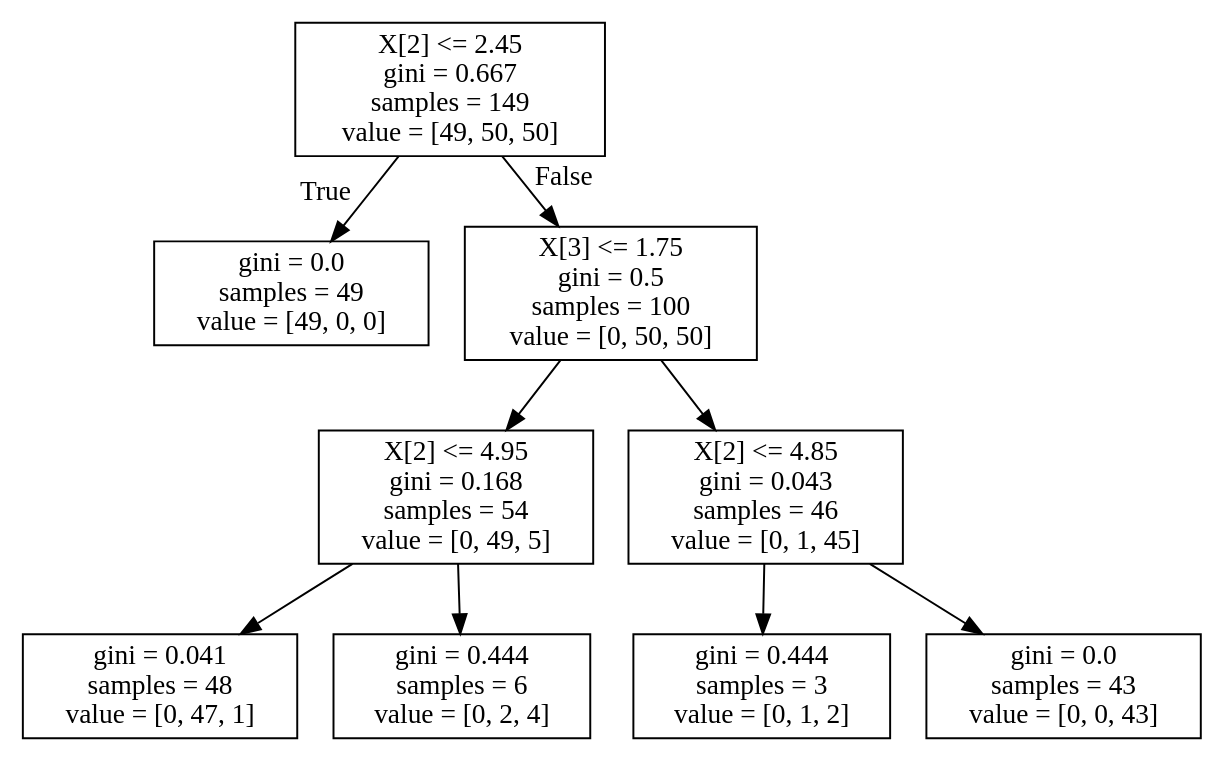
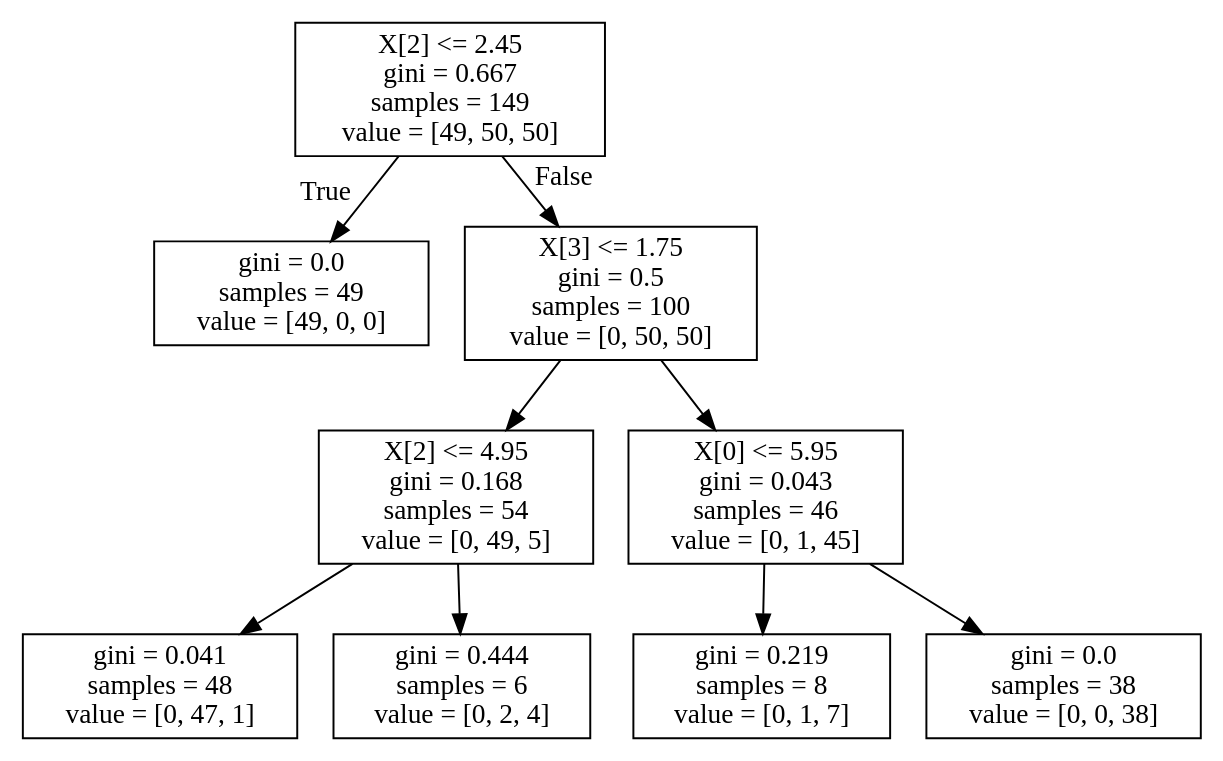
The diagram in Machine_Learning_intro_scikit-learn/iris_dtc.dot (ValRCS/RCS_Python_11), drawn with Graphviz before and after one commit. The commit also changed 3 other files, not shown here.

```diff
--- a/Machine_Learning_intro_scikit-learn/iris_dtc.dot
+++ b/Machine_Learning_intro_scikit-learn/iris_dtc.dot
@@ -1,20 +1,20 @@
 digraph Tree {
 node [shape=box] ;
 0 [label="X[2] <= 2.45\ngini = 0.667\nsamples = 149\nvalue = [49, 50, 50]"] ;
 1 [label="gini = 0.0\nsamples = 49\nvalue = [49, 0, 0]"] ;
 0 -> 1 [labeldistance=2.5, labelangle=45, headlabel="True"] ;
 2 [label="X[3] <= 1.75\ngini = 0.5\nsamples = 100\nvalue = [0, 50, 50]"] ;
 0 -> 2 [labeldistance=2.5, labelangle=-45, headlabel="False"] ;
 3 [label="X[2] <= 4.95\ngini = 0.168\nsamples = 54\nvalue = [0, 49, 5]"] ;
 2 -> 3 ;
 4 [label="gini = 0.041\nsamples = 48\nvalue = [0, 47, 1]"] ;
 3 -> 4 ;
 5 [label="gini = 0.444\nsamples = 6\nvalue = [0, 2, 4]"] ;
 3 -> 5 ;
-6 [label="X[2] <= 4.85\ngini = 0.043\nsamples = 46\nvalue = [0, 1, 45]"] ;
+6 [label="X[0] <= 5.95\ngini = 0.043\nsamples = 46\nvalue = [0, 1, 45]"] ;
 2 -> 6 ;
-7 [label="gini = 0.444\nsamples = 3\nvalue = [0, 1, 2]"] ;
+7 [label="gini = 0.219\nsamples = 8\nvalue = [0, 1, 7]"] ;
 6 -> 7 ;
-8 [label="gini = 0.0\nsamples = 43\nvalue = [0, 0, 43]"] ;
+8 [label="gini = 0.0\nsamples = 38\nvalue = [0, 0, 38]"] ;
 6 -> 8 ;
 }
```
